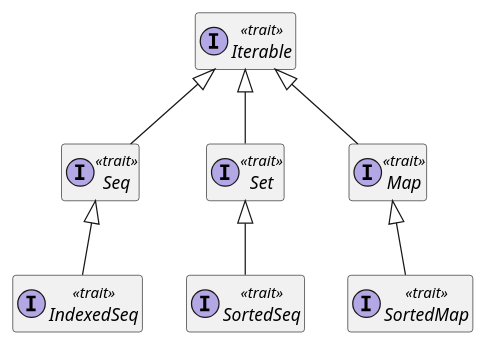
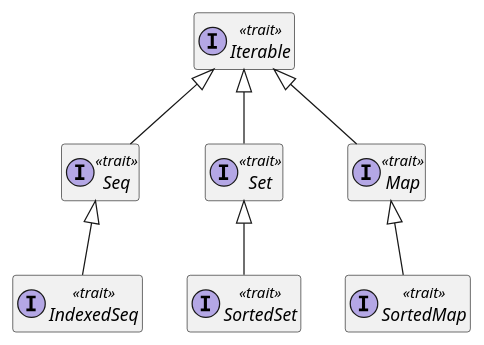
Before and after one commit to CSCI-49380-79526-Reactive-Programming/Lectures: the first of 2 diagrams in Collections/collections.md, drawn with PlantUML. The commit also changed other lines of this file and 2 other files, not shown here.

````diff
--- a/Collections/collections.md
+++ b/Collections/collections.md
@@ -11,17 +11,17 @@
 ```plantuml
 hide members
 interface Iterable << trait >>
 interface Seq << trait >>
 interface Set << trait >>
 interface Map << trait >>
 interface IndexedSeq << trait >>
-interface SortedSeq << trait >>
+interface SortedSet << trait >>
 interface SortedMap << trait >>
 
 Iterable <|-- Seq
 Seq <|-- IndexedSeq
 Iterable <|-- Set
-Set <|-- SortedSeq
+Set <|-- SortedSet
 Iterable <|-- Map
 Map <|-- SortedMap
 ```
````
